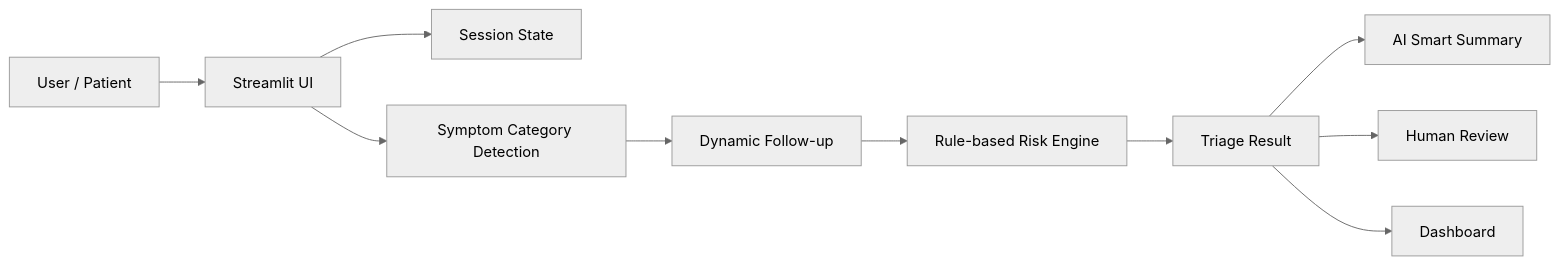
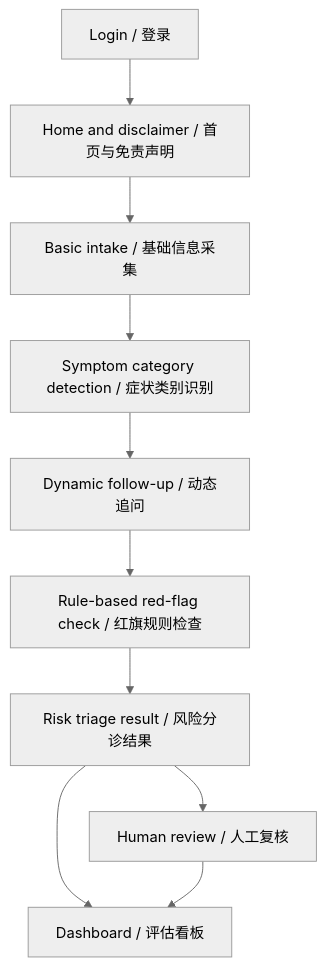
The diagram in REPORT.md (Chengwen/medguide-ai), drawn with Mermaid (neutral theme) before and after one commit. The commit also changed other lines of this file, not shown here.

````diff
--- a/REPORT.md
+++ b/REPORT.md
@@ -129,12 +150,12 @@
 ```mermaid
-flowchart LR
-    A["User / Patient"] --> B["Streamlit UI"]
-    B --> C["Session State"]
-    B --> D["Symptom Category Detection"]
-    D --> E["Dynamic Follow-up"]
-    E --> F["Rule-based Risk Engine"]
-    F --> G["Triage Result"]
-    G --> H["AI Smart Summary"]
-    G --> I["Human Review"]
-    G --> J["Dashboard"]
+flowchart TD
+    A["Login / 登录"] --> B["Home and disclaimer / 首页与免责声明"]
+    B --> C["Basic intake / 基础信息采集"]
+    C --> D["Symptom category detection / 症状类别识别"]
+    D --> E["Dynamic follow-up / 动态追问"]
+    E --> F["Rule-based red-flag check / 红旗规则检查"]
+    F --> G["Risk triage result / 风险分诊结果"]
+    G --> H["Human review / 人工复核"]
+    G --> I["Dashboard / 评估看板"]
+    H --> I
 ```
````
